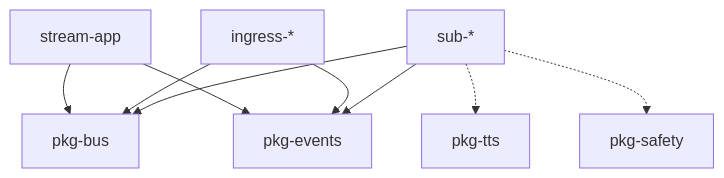
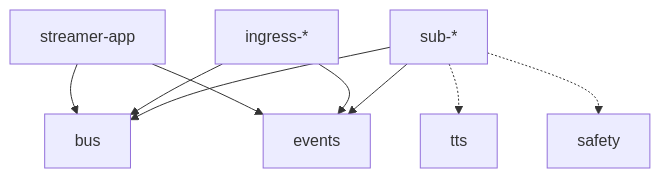
Before and after one commit to skymiku39/streamer_toolbox: the second of 2 diagrams in docs/packages.md, drawn with Mermaid. The commit also changed other lines of this file and 7 other files, not shown here.

````diff
--- a/docs/packages.md
+++ b/docs/packages.md
@@ -180,19 +158,19 @@
 ```mermaid
 flowchart TB
-    App[stream-app]
-    PkgEv[pkg-events]
-    PkgBus[pkg-bus]
+    App[streamer-app]
+    PkgEv[events]
+    PkgBus[bus]
     Ingress[ingress-*]
     Sub[sub-*]
-    PkgTts[pkg-tts]
-    PkgSafe[pkg-safety]
+    PkgTts[tts]
+    PkgSafe[safety]
 
     App --> PkgBus
     App --> PkgEv
     Ingress --> PkgEv
     Ingress --> PkgBus
     Sub --> PkgEv
     Sub --> PkgBus
     Sub -.-> PkgTts
     Sub -.-> PkgSafe
 ```
````
